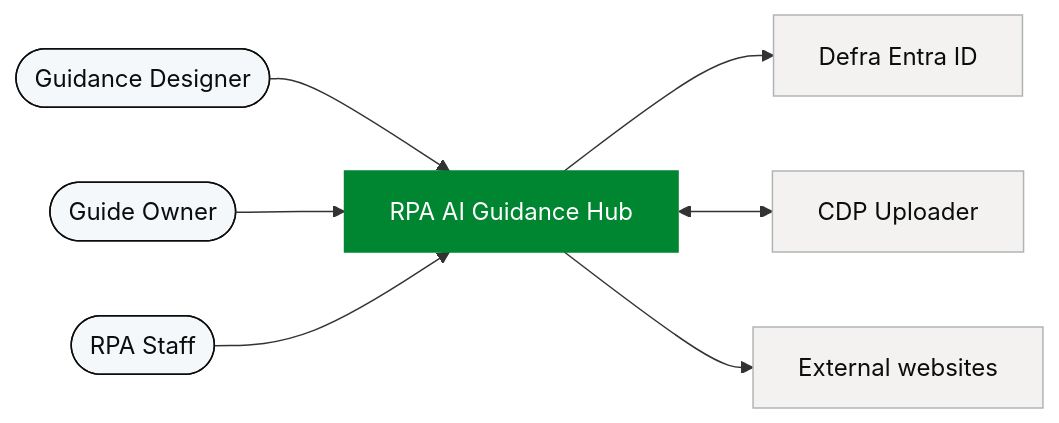
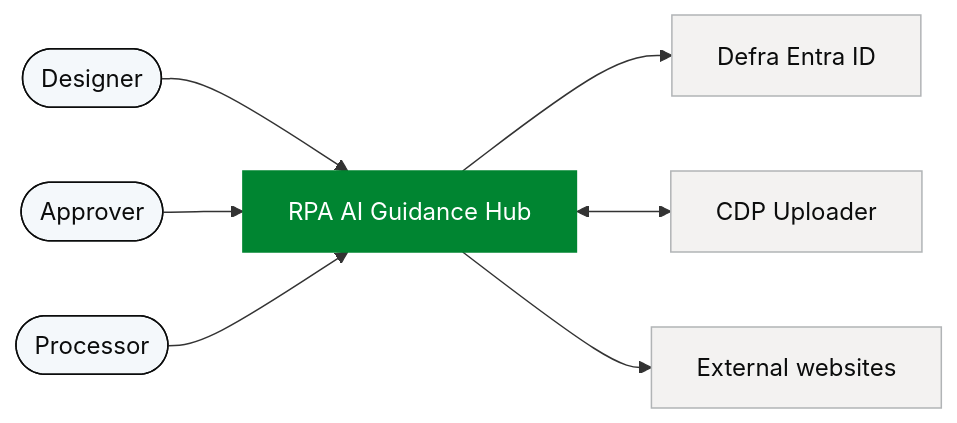
One commit to DEFRA/rpa-ai-guidance-hub-dev changed the first of 4 diagrams in docs/architecture.md. Above: the diagram before and after it, drawn with Mermaid. The commit also changed other lines of this file, not shown here.

Commit message:
Rename architecture actors to Designer, Approver, Processor

````diff
--- a/docs/architecture.md
+++ b/docs/architecture.md
@@ -16,13 +16,13 @@
 ```mermaid
 flowchart LR
-  designer(["Guidance Designer"]):::actor --> hub
-  owner(["Guide Owner"]):::actor --> hub
-  reader(["RPA Staff"]):::actor --> hub
+  designer(["Designer"]):::actor --> hub
+  approver(["Approver"]):::actor --> hub
+  processor(["Processor"]):::actor --> hub
   hub["RPA AI Guidance Hub"]:::system
   hub --> entra["Defra Entra ID"]:::ext
   hub <--> uploader["CDP Uploader"]:::ext
   hub --> sites["External websites"]:::ext
   classDef actor fill:#f4f8fb,stroke:#0b0c0c,color:#0b0c0c
   classDef system fill:#008531,stroke:#008531,color:#ffffff
   classDef ext fill:#f3f2f1,stroke:#b1b4b6,color:#0b0c0c
 ```
````
